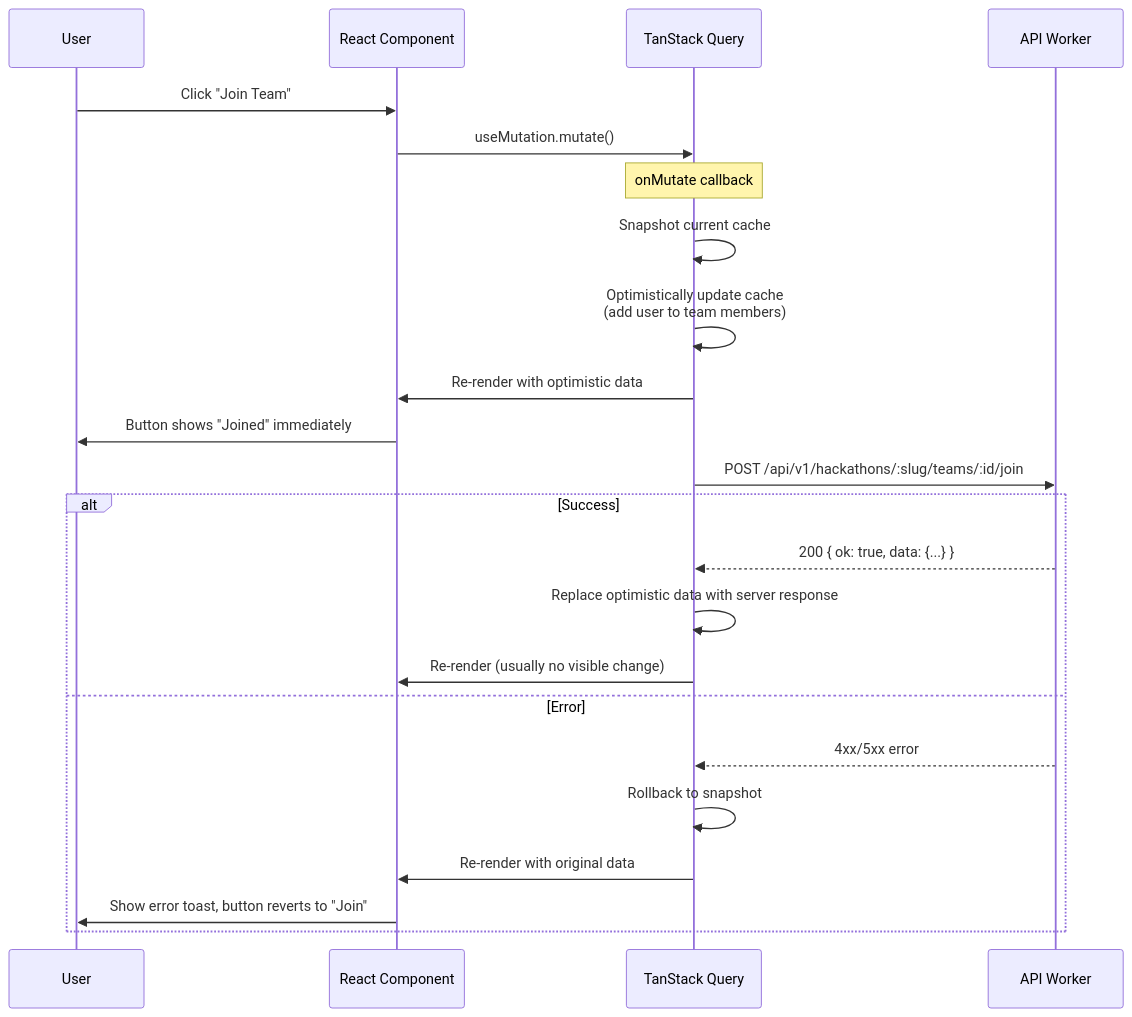
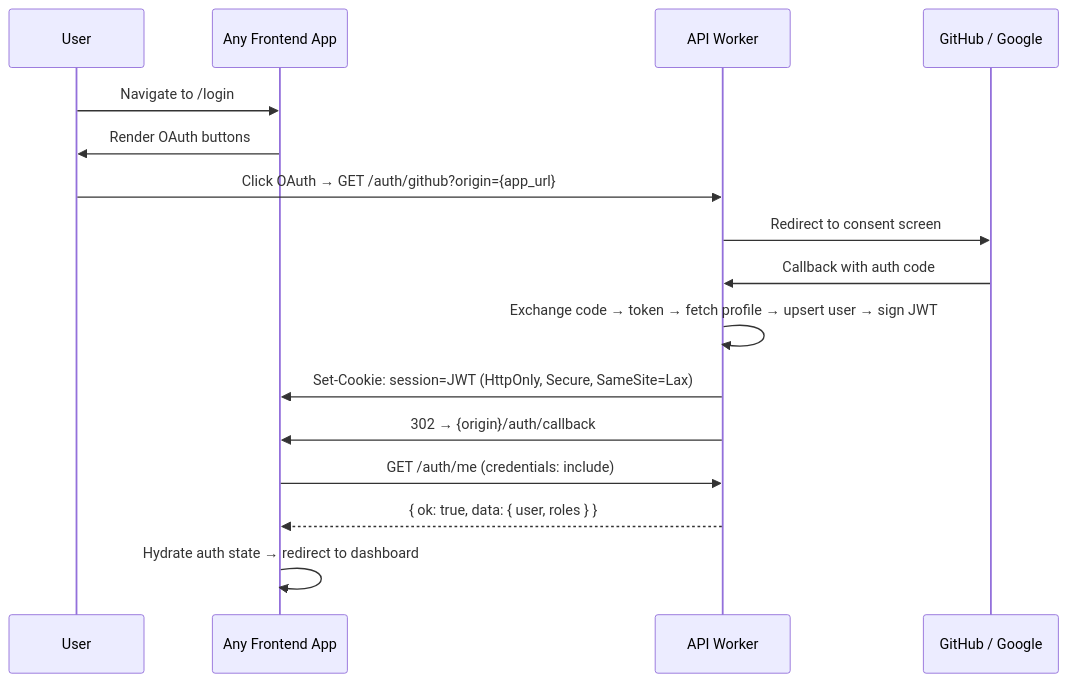
The ninth of 11 diagrams in docs/v3/architecture/13-frontend.md (devangshupandey2025-stack/DevSage), drawn with Mermaid before and after one commit. The commit also changed other lines of this file and 2 other files, not shown here.

Commit message:
chore: update api client and architecture docs

````diff
--- a/docs/v3/architecture/13-frontend.md
+++ b/docs/v3/architecture/13-frontend.md
@@ -460,29 +871,19 @@
 ```mermaid
 sequenceDiagram
     participant U as User
-    participant UI as React Component
-    participant TQ as TanStack Query
+    participant APP as Any Frontend App
     participant API as API Worker
+    participant OAuth as GitHub / Google
 
-    U->>UI: Click "Join Team"
-    UI->>TQ: useMutation.mutate()
-
-    Note over TQ: onMutate callback
-    TQ->>TQ: Snapshot current cache
-    TQ->>TQ: Optimistically update cache<br/>(add user to team members)
-    TQ->>UI: Re-render with optimistic data
-    UI->>U: Button shows "Joined" immediately
-
-    TQ->>API: POST /api/v1/hackathons/:slug/teams/:id/join
-
-    alt Success
-        API-->>TQ: 200 { ok: true, data: {...} }
-        TQ->>TQ: Replace optimistic data with server response
-        TQ->>UI: Re-render (usually no visible change)
-    else Error
-        API-->>TQ: 4xx/5xx error
-        TQ->>TQ: Rollback to snapshot
-        TQ->>UI: Re-render with original data
-        UI->>U: Show error toast, button reverts to "Join"
-    end
+    U->>APP: Navigate to /login
+    APP->>U: Render OAuth buttons
+    U->>API: Click OAuth → GET /auth/github?origin={app_url}
+    API->>OAuth: Redirect to consent screen
+    OAuth->>API: Callback with auth code
+    API->>API: Exchange code → token → fetch profile → upsert user → sign JWT
+    API->>APP: Set-Cookie: session=JWT (HttpOnly, Secure, SameSite=Lax)
+    API->>APP: 302 → {origin}/auth/callback
+    APP->>API: GET /auth/me (credentials: include)
+    API-->>APP: { ok: true, data: { user, roles } }
+    APP->>APP: Hydrate auth state → redirect to dashboard
 ```
````
